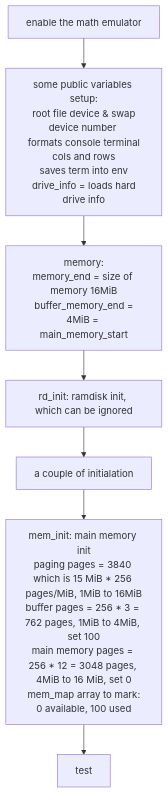
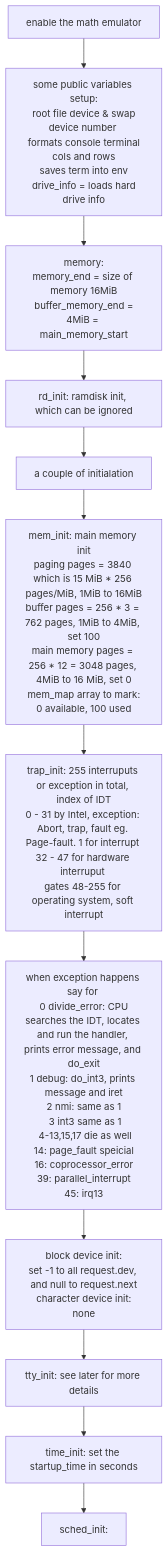
Before and after one commit to meetjoy/exploring_cs: the diagram in Diagrams/outline.md, drawn with Mermaid. The commit also changed other lines of this file and 1 other file, not shown here.

Commit message:
sched_init began

````diff
--- a/Diagrams/outline.md
+++ b/Diagrams/outline.md
@@ -40,18 +40,36 @@
 ```mermaid
 graph TD
 A[enable the math emulator]
 B[some public variables setup:<br/> root file device & swap device number <br/> formats console terminal cols and rows<br/>saves term into env<br/> drive_info = loads hard drive info]
 C[memory:<br/>memory_end = size of memory 16MiB<br/> buffer_memory_end = 4MiB = main_memory_start<br/>]
 D[rd_init: ramdisk init, which can be ignored]
 E[a couple of initialation]
 E1[mem_init: main memory init<br/>paging pages = 3840 which is 15 MiB * 256 pages/MiB, 1MiB to 16MiB<br/>buffer pages = 256 * 3 = 762 pages, 1MiB to 4MiB, set 100<br/>main memory pages = 256 * 12 = 3048 pages, 4MiB to 16 MiB, set 0<br/> mem_map array to mark: 0 available, 100 used]
 
-E2[test]
-
 A --> B
 B --> C
 C-->D
 D-->E
 E-->E1
 E1-->E2
+E2-->E3
+E3-->E4
+E4-->E5
+E5-->E6
+E6-->E7
+
+E2[trap_init: 255 interruputs or exception in total, index of IDT<br/>0 - 31 by Intel, exception: Abort, trap, fault eg. Page-fault. 1 for interrupt <br/>32 - 47 for hardware interruput <br/>gates 48-255 for operating system, soft interrupt]
+
+E3[when exception happens say for <br/> 0 divide_error: CPU searches the IDT, locates and run the handler, prints error message, and do_exit<br/>1 debug: do_int3, prints message and iret<br/>2 nmi: same as 1<br/> 3 int3 same as 1<br/> 4-13,15,17 die as well<br/> 14: page_fault speicial <br/>16: coprocessor_error<br/>39: parallel_interrupt<br/>45: irq13<br/>]
+
+E4[block device init:<br/>set -1 to all request.dev, and null to request.next<br/> character device init: none]
+
+E5[tty_init: see later for more details]
+
+E6[time_init: set the startup_time in seconds]
+
+E7[sched_init:]
+
+
+
 ```
````
